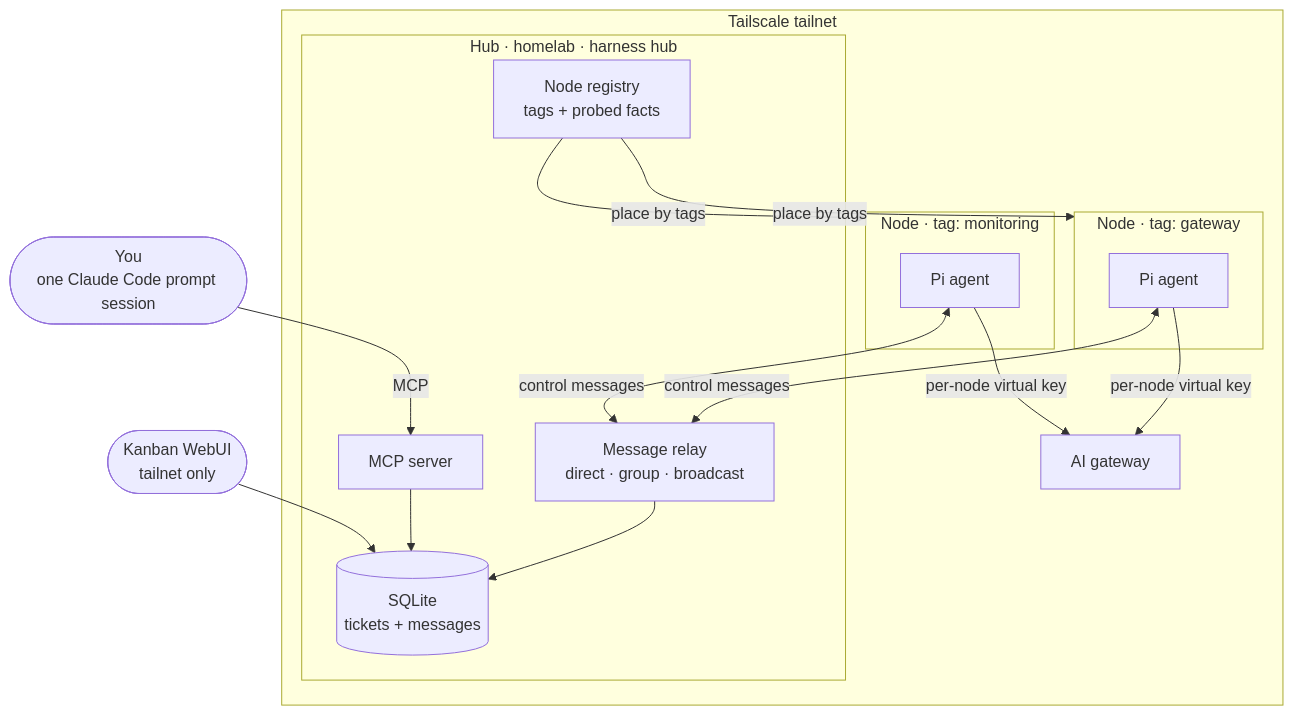
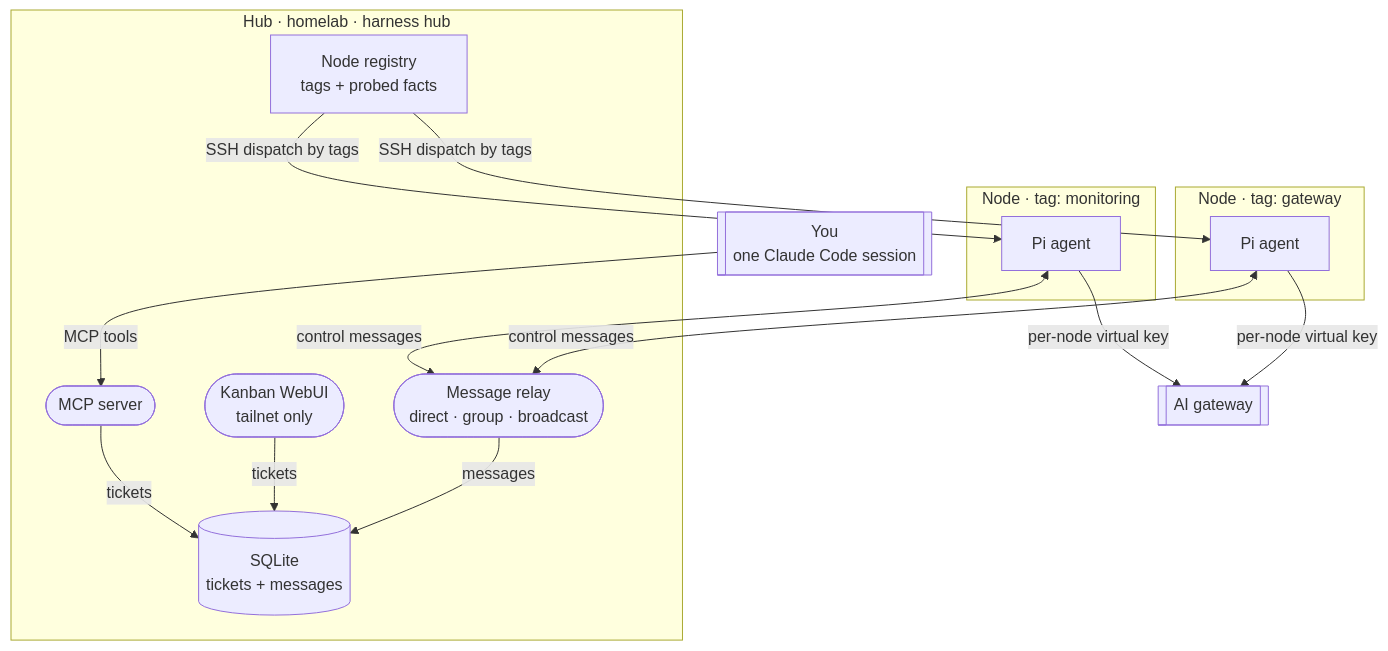
One commit to vietbui1999ru/llm-wiki changed the sixth of 8 diagrams in docs-site/guides/harness-migration.mdx. Above: the diagram before and after it, drawn with Mermaid. The commit also changed other lines of this file and 3 other files, not shown here.

First line of the commit message:
docs(guides): harness migration as an 8-chart MVP presentation (#61)

````diff
--- a/docs-site/guides/harness-migration.mdx
+++ b/docs-site/guides/harness-migration.mdx
@@ -134,33 +184,31 @@
 ```mermaid
 flowchart TB
-    YOU(["You<br>one Claude Code prompt session"])
-    WEB(["Kanban WebUI<br>tailnet only"])
+    YOU[["You<br>one Claude Code session"]]
+    GW[["AI gateway"]]
 
-    subgraph TAILNET["Tailscale tailnet"]
-        subgraph HUB["Hub · homelab · harness hub"]
-            MCP["MCP server"]
-            REG["Node registry<br>tags + probed facts"]
-            DB[("SQLite<br>tickets + messages")]
-            RELAY["Message relay<br>direct · group · broadcast"]
-        end
-
-        subgraph N1["Node · tag: monitoring"]
-            A1["Pi agent"]
-        end
-        subgraph N2["Node · tag: gateway"]
-            A2["Pi agent"]
-        end
-        GW["AI gateway"]
+    subgraph HUB["Hub · homelab · harness hub"]
+        MCP(["MCP server"])
+        WEB(["Kanban WebUI<br>tailnet only"])
+        REG["Node registry<br>tags + probed facts"]
+        DB[("SQLite<br>tickets + messages")]
+        RELAY(["Message relay<br>direct · group · broadcast"])
     end
 
-    YOU -- "MCP" --> MCP
-    WEB --> DB
-    MCP --> DB
-    REG -- "place by tags" --> N1
-    REG -- "place by tags" --> N2
+    subgraph N1["Node · tag: monitoring"]
+        A1["Pi agent"]
+    end
+    subgraph N2["Node · tag: gateway"]
+        A2["Pi agent"]
+    end
+
+    YOU -- "MCP tools" --> MCP
+    MCP -- "tickets" --> DB
+    WEB -- "tickets" --> DB
+    REG -- "SSH dispatch by tags" --> A1
+    REG -- "SSH dispatch by tags" --> A2
     A1 <-- "control messages" --> RELAY
     A2 <-- "control messages" --> RELAY
-    RELAY --> DB
+    RELAY -- "messages" --> DB
     A1 -- "per-node virtual key" --> GW
     A2 -- "per-node virtual key" --> GW
 ```
````
